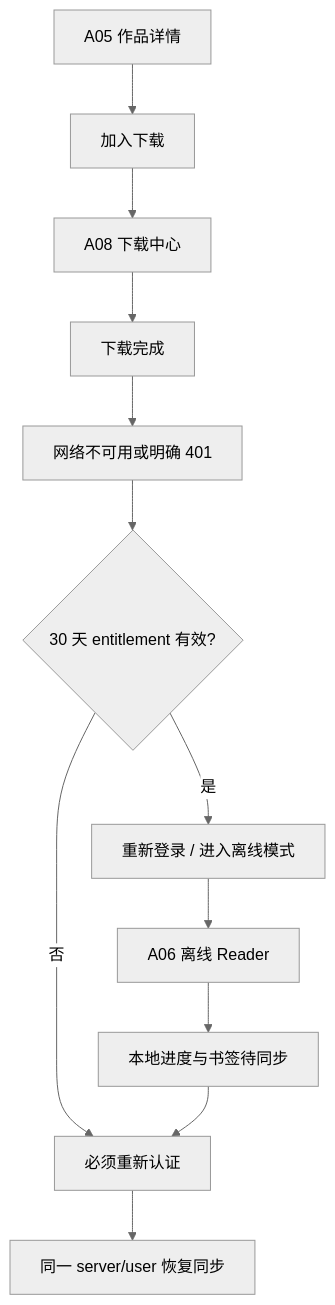
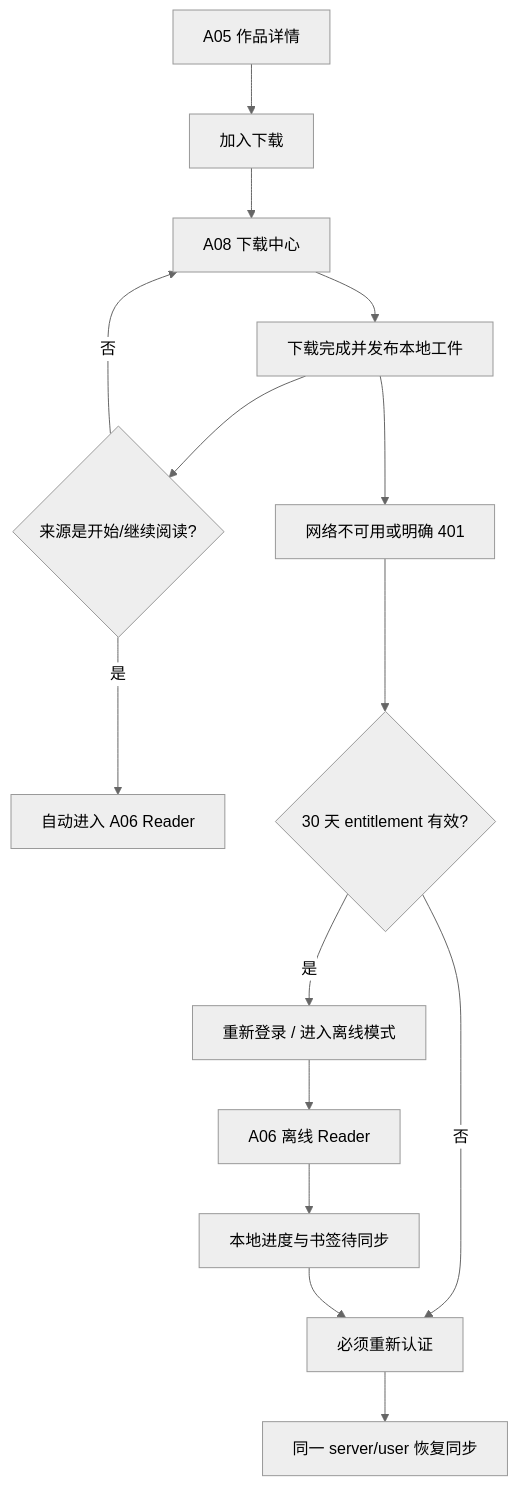
One commit to GMD170629/ermao-library changed the sixth of 7 diagrams in docs/mobile-app-phase-3-user-flows-and-wireframes.md. Above: the diagram before and after it, drawn with Mermaid (neutral theme). The commit also changed other lines of this file and 316 other files, not shown here.

````diff
--- a/docs/mobile-app-phase-3-user-flows-and-wireframes.md
+++ b/docs/mobile-app-phase-3-user-flows-and-wireframes.md
@@ -275,14 +275,17 @@
 ```mermaid
 flowchart TD
     Detail["A05 作品详情"] --> Queue["加入下载"]
     Queue --> Center["A08 下载中心"]
-    Center --> Complete["下载完成"]
+    Center --> Complete["下载完成并发布本地工件"]
+    Complete --> Intent{"来源是开始/继续阅读?"}
+    Intent -- "是" --> ReaderReady["自动进入 A06 Reader"]
+    Intent -- "否" --> Center
     Complete --> Offline["网络不可用或明确 401"]
     Offline --> Gate{"30 天 entitlement 有效?"}
     Gate -- "否" --> Reauth["必须重新认证"]
     Gate -- "是" --> Choice["重新登录 / 进入离线模式"]
     Choice --> Reader["A06 离线 Reader"]
     Reader --> Pending["本地进度与书签待同步"]
     Pending --> Reauth
     Reauth --> Sync["同一 server/user 恢复同步"]
 ```
````
